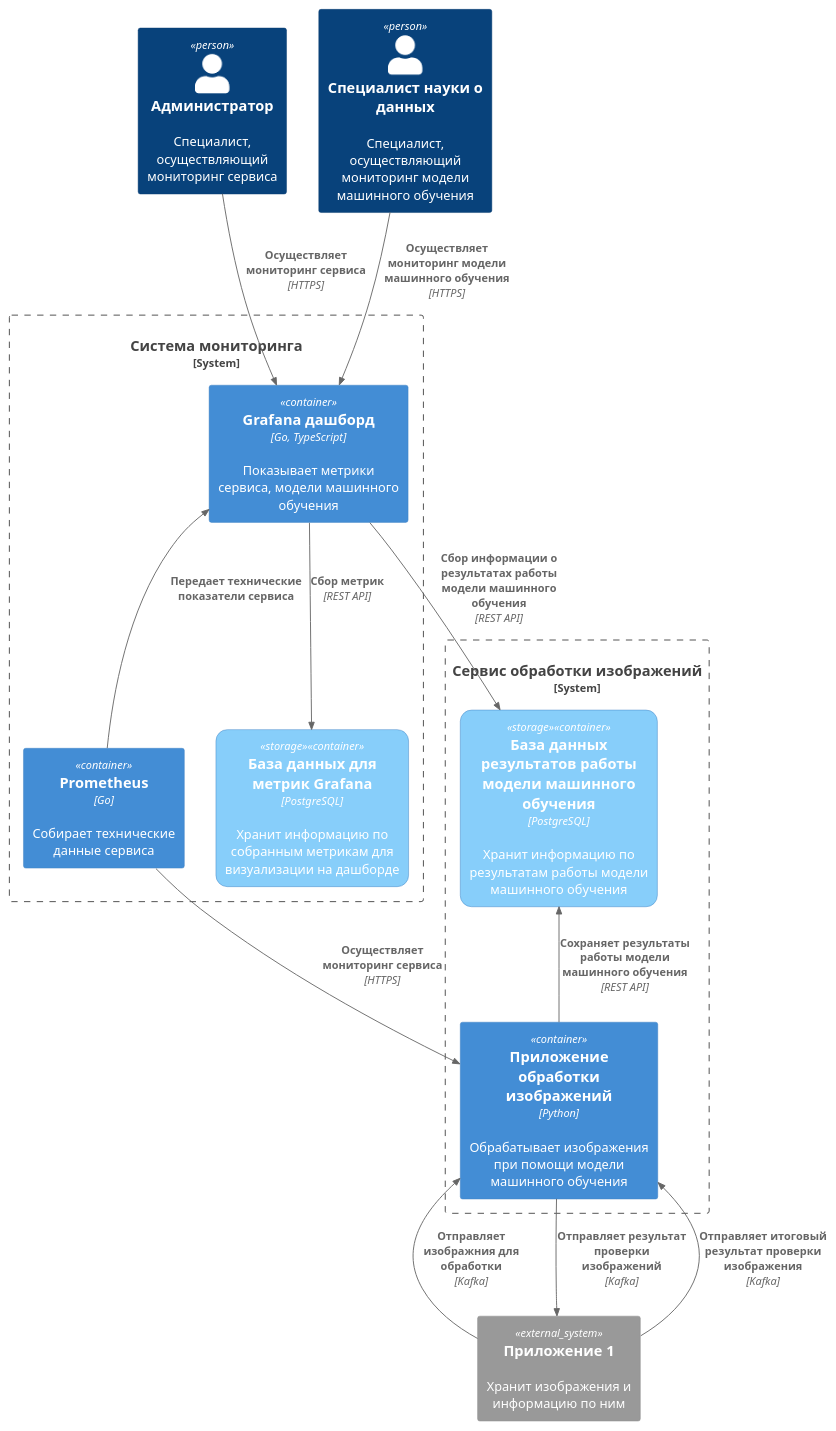
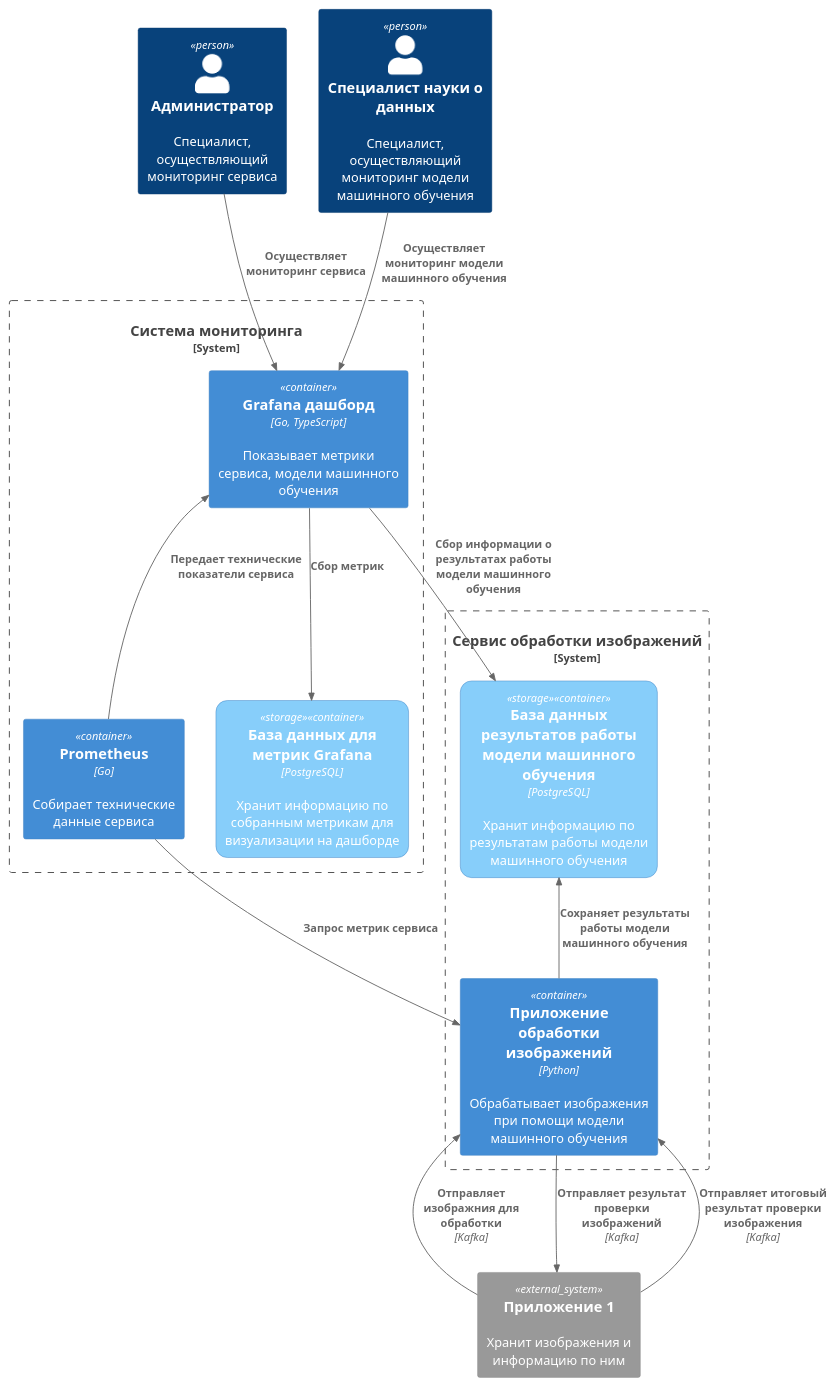
Before and after one commit to Dushenin/monitoring-ml-kafka: the diagram in docs/Container.puml, drawn with PlantUML.

Commit message:
Change container diagram

```diff
--- a/docs/Container.puml
+++ b/docs/Container.puml
@@ -1,39 +1,39 @@
 @startuml "c4_container_image_service"
 !include libs/C4_Container.puml
 
 ' AddElementTag("microService", $shape=EightSidedShape(), $bgColor="CornflowerBlue", $fontColor="white", $legendText="micro service\neight sided")
 AddElementTag("storage", $shape=RoundedBoxShape(), $bgColor="lightSkyBlue", $fontColor="white")
 
 ' SHOW_PERSON_OUTLINE()
 
 Person(admin, "Администратор", "Специалист, осуществляющий мониторинг сервиса")
 Person(data_scientist, "Специалист науки о данных", "Специалист, осуществляющий мониторинг модели машинного обучения")
 
 System_Boundary(c1_system_monitoring, "Система мониторинга") {
     Container(grafana, "Grafana дашборд", "Go, TypeScript", "Показывает метрики сервиса, модели машинного обучения")
     Container(prometheus, "Prometheus", "Go", "Собирает технические данные сервиса")
     Container(postgres_grafana, "База данных для метрик Grafana", "PostgreSQL", "Хранит информацию по собранным метрикам для визуализации на дашборде", $tags = "storage")
 }
 System_Boundary(c1_ml_service, "Сервис обработки изображений") {
     Container(postgres_ml, "База данных результатов работы модели машинного обучения", "PostgreSQL", "Хранит информацию по результатам работы модели машинного обучения", $tags = "storage")
     Container(python_service, "Приложение обработки изображений", "Python", "Обрабатывает изображения при помощи модели машинного обучения")
     
 }
 System_Ext(service_1, "Приложение 1", "Хранит изображения и информацию по ним")
 
-Rel_D(admin, grafana, "Осуществляет мониторинг сервиса", "HTTPS")
-Rel_D(data_scientist, grafana, "Осуществляет мониторинг модели машинного обучения", "HTTPS")
-Rel_D(grafana, postgres_grafana, "Сбор метрик", "REST API")
+Rel_D(admin, grafana, "Осуществляет мониторинг сервиса")
+Rel_D(data_scientist, grafana, "Осуществляет мониторинг модели машинного обучения")
+Rel_D(grafana, postgres_grafana, "Сбор метрик")
 Rel_U(prometheus, grafana, "Передает технические показатели сервиса")
 
-Rel_D(prometheus, python_service, "Осуществляет мониторинг сервиса", "HTTPS")
-Rel_D(grafana, postgres_ml, "Сбор информации о результатах работы модели машинного обучения", "REST API")
+Rel_D(prometheus, python_service, "Запрос метрик сервиса")
+Rel_D(grafana, postgres_ml, "Сбор информации о результатах работы модели машинного обучения")
 
-Rel_U(python_service, postgres_ml, "Сохраняет результаты работы модели машинного обучения", "REST API")
+Rel_U(python_service, postgres_ml, "Сохраняет результаты работы модели машинного обучения")
 Rel_U(service_1, python_service, "Отправляет изображния для обработки", "Kafka")
 Rel_D(python_service, service_1, "Отправляет результат проверки изображений", "Kafka")
 Rel_U(service_1, python_service, "Отправляет итоговый результат проверки изображения", "Kafka")
 ' Lay_R(reporting_service, audit_service)
 
 ' SHOW_LEGEND()
 @enduml
```
